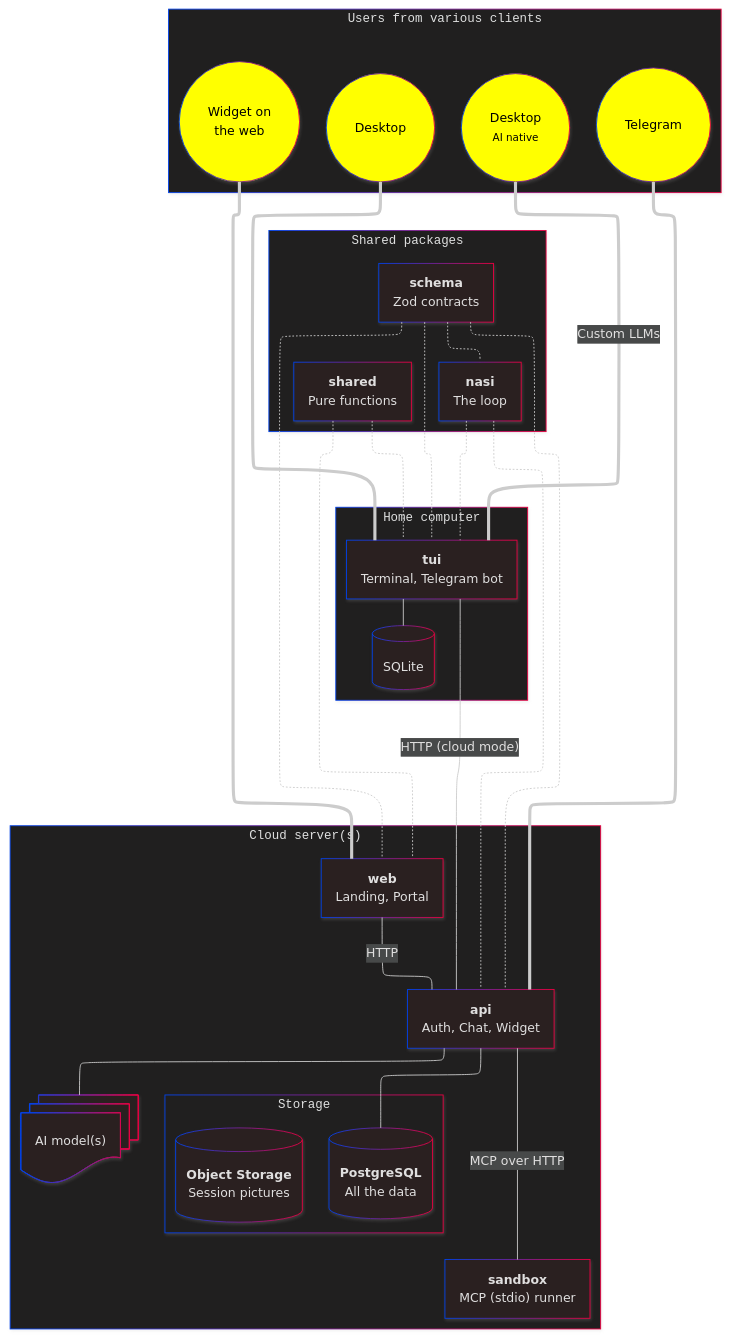
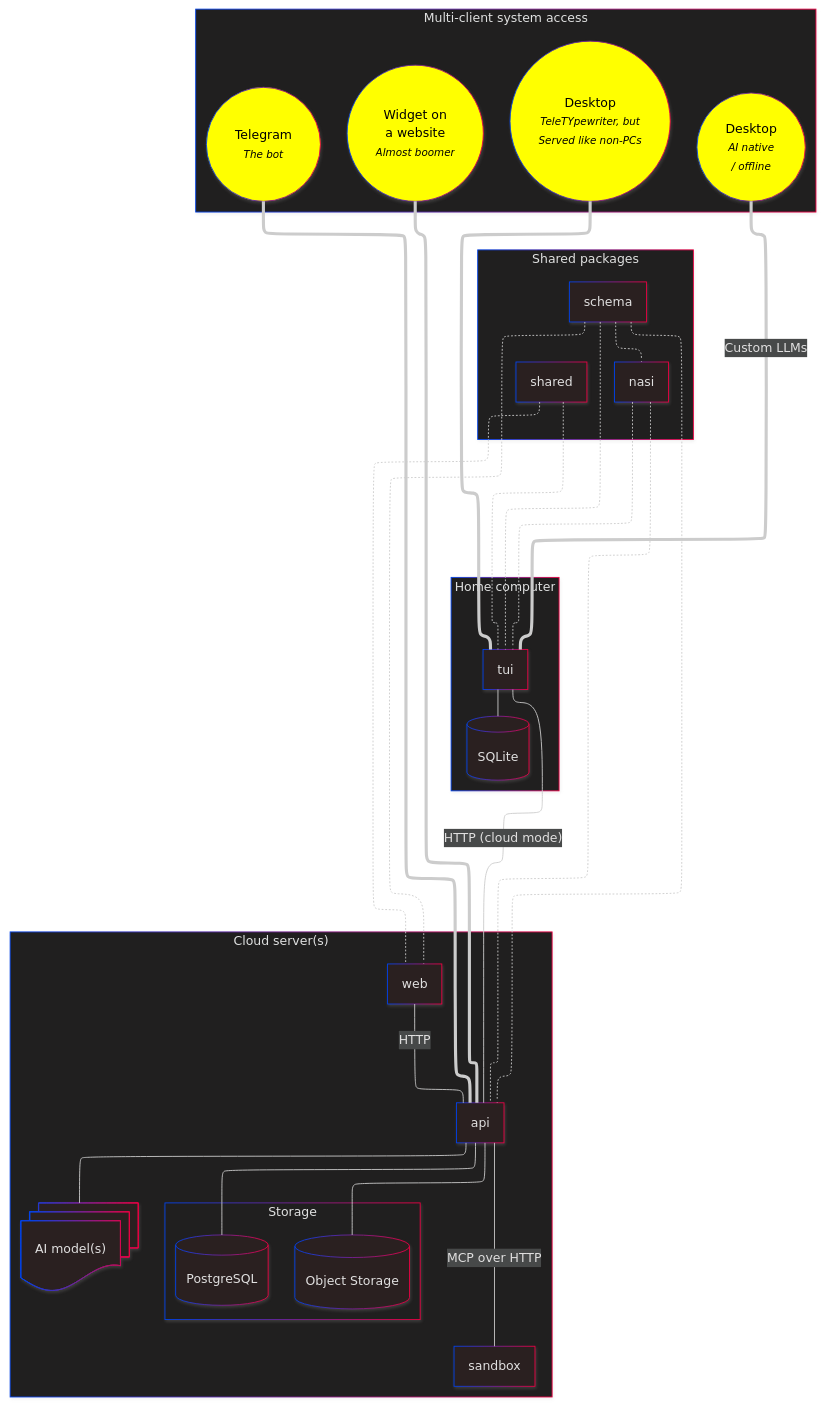
The diagram in README.md (SubZtep/kaja), drawn with Mermaid before and after one commit. The commit also changed other lines of this file and 68 other files, not shown here.

Commit message:
Time MCP server and a multi-runtime sandbox image (#97)

````diff
--- a/README.md
+++ b/README.md
@@ -66,62 +94,63 @@
 ```mermaid
 ---
 config:
   look: neo
   theme: neo-dark
   layout: elk
   elk:
     nodePlacementStrategy: LINEAR_SEGMENTS
 ---
 flowchart TB
-    subgraph Users["<tt>Users from various clients</tt>"]
-      USER1((Desktop<br><small>AI native</small>)):::person
-      USER2((Desktop)):::person
-      USER3((Telegram)):::person
-      USER4((Widget on<br>the web)):::person
+    subgraph Users["Multi-client system access"]
+      USER1((Desktop<br><small><em>AI native<br>/ offline</em></small>)):::person
+      USER2((Desktop<br><small><em>TeleTYpewriter, but<br>Served like non-PCs</em></small>)):::person
+      USER3((Telegram<br><small><em>The bot</em></small>)):::person
+      USER4((Widget on<br>a website<br><small><em>Almost boomer</em></small>)):::person
     end
 
-    subgraph Local["<tt>Home computer</tt>"]
-        TUI["<b>tui</b><br>Terminal, Telegram bot"]
+    subgraph Local["Home computer"]
+        TUI["tui"]
         SQL[("SQLite")]
     end
 
-    subgraph Apps["<tt>Cloud server(s)</tt>"]
-        API["<b>api</b><br>Auth, Chat, Widget"]
-        WEB["<b>web</b><br>Landing, Portal"]
-        SANDBOX["<b>sandbox</b><br>MCP (stdio) runner"]
-        subgraph Data["<tt>Storage</tt>"]
-            DB[("<b>PostgreSQL</b><br>All the data")]
-            S3[("<b>Object Storage</b><br>Session pictures")]
+    subgraph Apps["Cloud server(s)"]
+        API["api"]
+        WEB["web"]
+        SANDBOX["sandbox"]
+        subgraph Data["Storage"]
+            DB[("PostgreSQL")]
+            S3[("Object Storage")]
         end
         LLM@{ shape: docs, label: "AI model(s)" }
     end
 
-    subgraph Packages["<tt>Shared packages<tt>"]
-        NASI["<b>nasi</b><br>The loop"]
-        SCHEMA["<b>schema</b><br>Zod contracts"]
-        SHARED["<b>shared</b><br>Pure functions"]
+    subgraph Packages["Shared packages"]
+        NASI["nasi"]
+        SCHEMA["schema"]
+        SHARED["shared"]
     end
 
     USER1 == Custom LLMs === TUI
     USER2 === TUI
     USER3 === API
-    USER4 === WEB
+    USER4 === API
 
     API --- DB
+    API --- S3
     API --- LLM
     TUI --- SQL
     WEB ---|HTTP| API
     TUI ---|"HTTP (cloud mode)"| API
     API ---|"MCP over HTTP"| SANDBOX
 
     NASI -.- API
     NASI -.- TUI
     SCHEMA -.- API
     SCHEMA -.- WEB
     SCHEMA -.- TUI
     SCHEMA -.- NASI
     SHARED -.- WEB
     SHARED -.- TUI
-    
+
     classDef person fill:#ffff00,color:#000000
 ```
````
